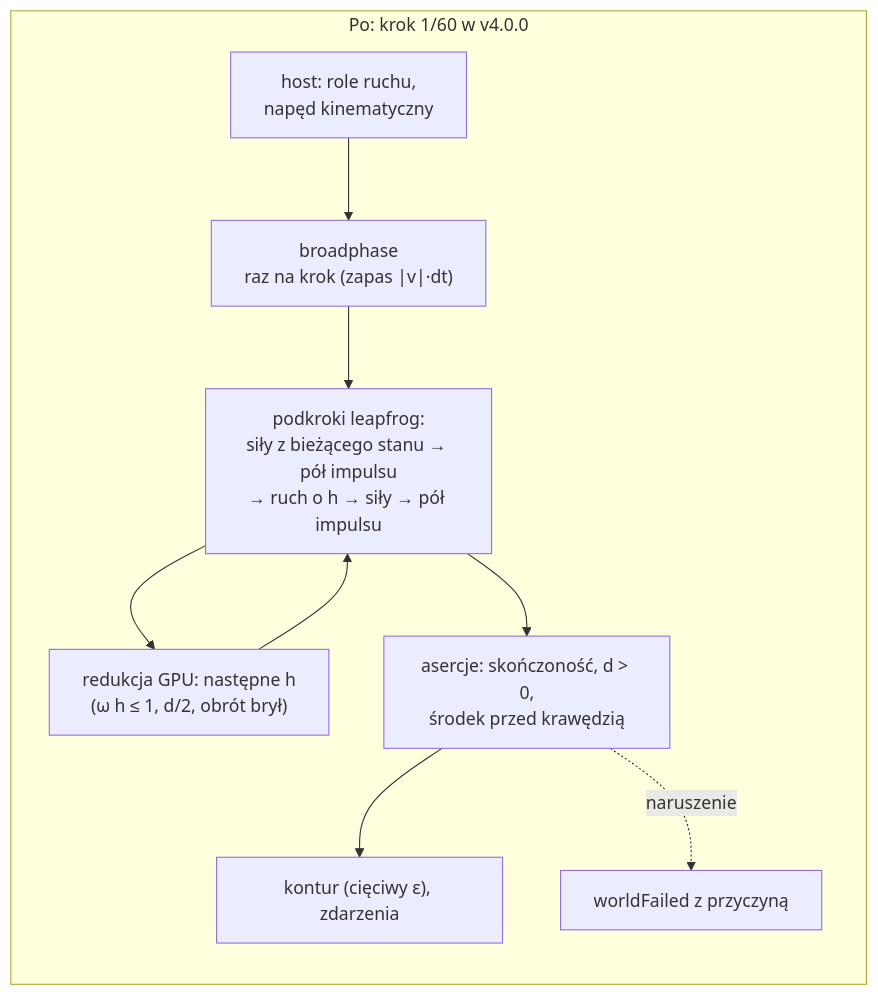
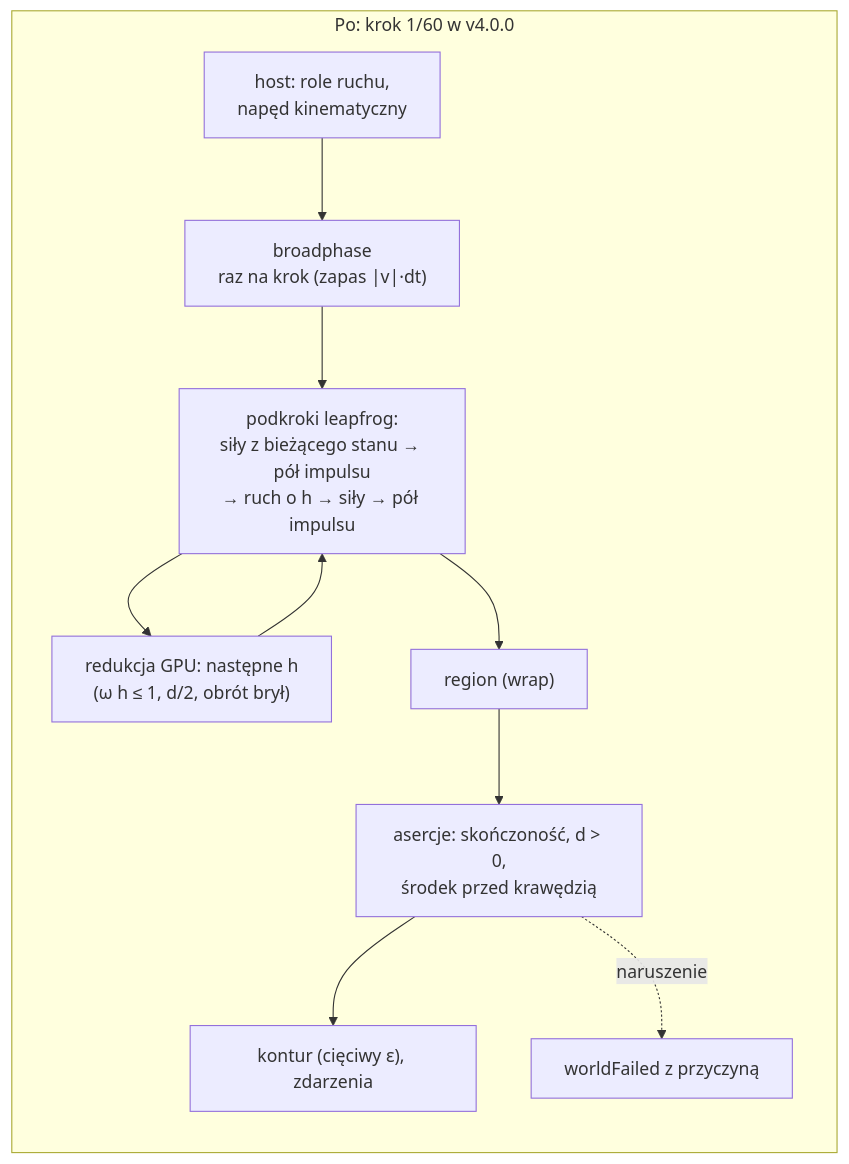
Before and after one commit to MariuszAdamowicz/BubblePhysics: the second of 3 diagrams in docs/sdlc/changes/2026-11-23-engine-4-0-0/change-design.md, drawn with Mermaid. The commit also changed other lines of this file, not shown here.

First line of the commit message:
docs(change-design): poprawki po przeglądzie 1 — region, gumka, progi kryteriów, kodowanie przebudowy siatki

````diff
--- a/docs/sdlc/changes/2026-11-23-engine-4-0-0/change-design.md
+++ b/docs/sdlc/changes/2026-11-23-engine-4-0-0/change-design.md
@@ -49,12 +49,13 @@
 ```mermaid
 flowchart LR
   subgraph after["Po: krok 1/60 w v4.0.0"]
     h2["host: role ruchu,<br/>napęd kinematyczny"] --> b2["broadphase<br/>raz na krok (zapas |v|·dt)"]
     b2 --> s2["podkroki leapfrog:<br/>siły z bieżącego stanu → pół impulsu<br/>→ ruch o h → siły → pół impulsu"]
     s2 --> hr["redukcja GPU: następne h<br/>(ω h ≤ 1, d/2, obrót brył)"]
     hr --> s2
-    s2 --> a2["asercje: skończoność, d > 0,<br/>środek przed krawędzią"]
+    s2 --> rg2["region (wrap)"]
+    rg2 --> a2["asercje: skończoność, d > 0,<br/>środek przed krawędzią"]
     a2 --> k2["kontur (cięciwy ε), zdarzenia"]
     a2 -. naruszenie .-> f2["worldFailed z przyczyną"]
   end
 ```
````
